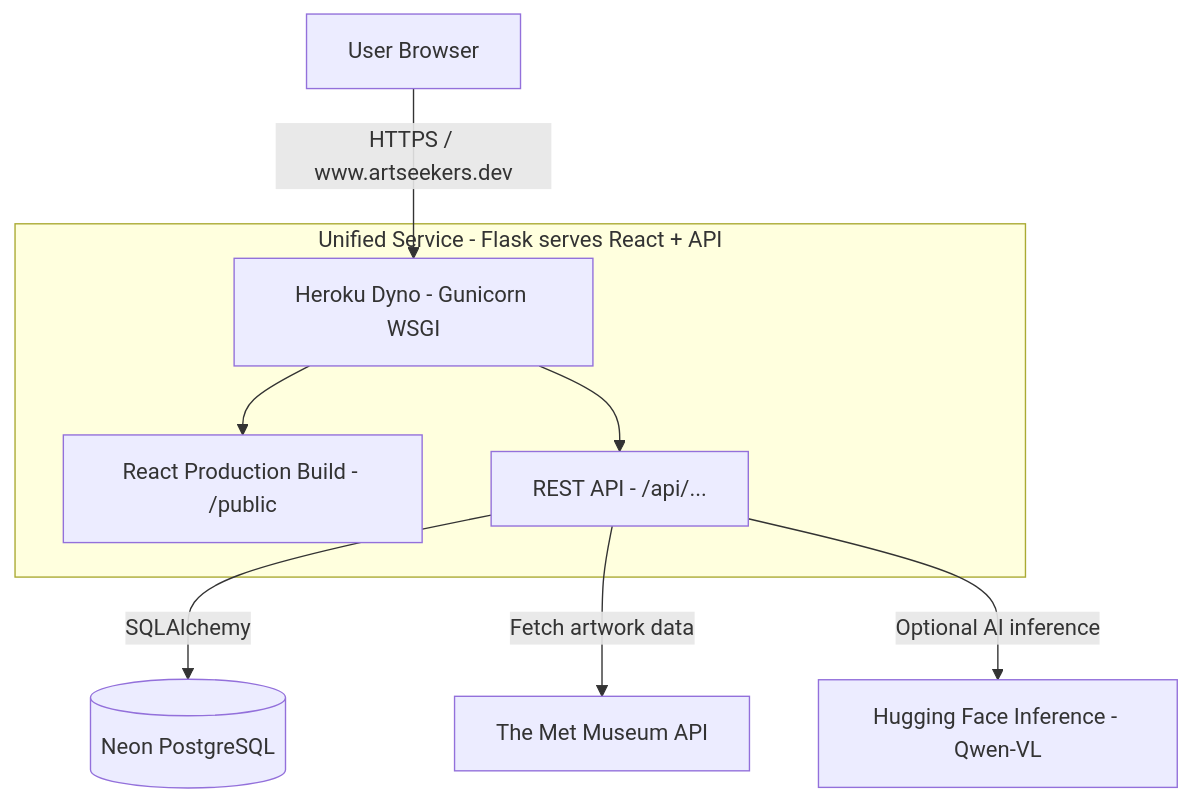
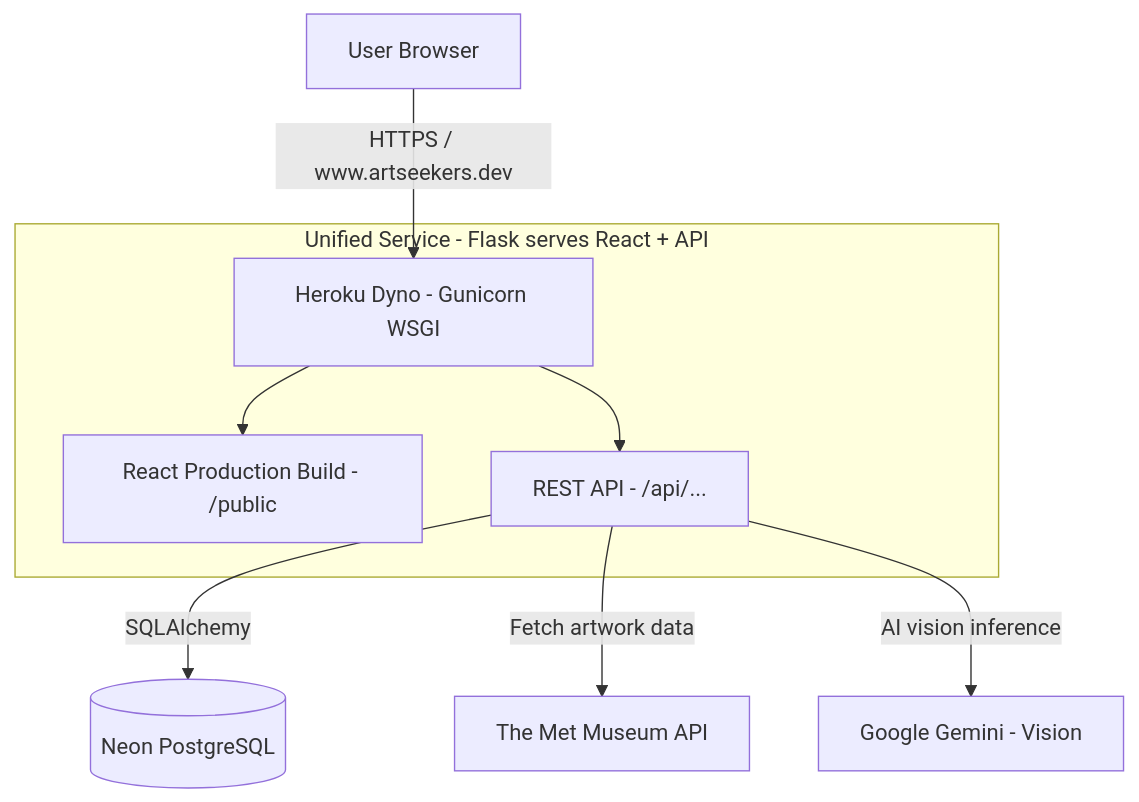
The diagram in README.md (Aleska134/Artseekers), drawn with Mermaid before and after one commit. The commit also changed other lines of this file, not shown here.

First line of the commit message:
docs: update README to reflect Gemini vision (was Qwen-VL / HF)

````diff
--- a/README.md
+++ b/README.md
@@ -43,15 +43,15 @@
 ```mermaid
 flowchart TB
   U[User Browser] -->|HTTPS / www.artseekers.dev| HEROKU[Heroku Dyno - Gunicorn WSGI]
  
   subgraph APP[Unified Service - Flask serves React + API]
     UI[React Production Build - /public]
     API[REST API - /api/...]
     HEROKU --> UI
     HEROKU --> API
   end
  
   API -->|SQLAlchemy| DB[(Neon PostgreSQL)]
   API -->|Fetch artwork data| MET[The Met Museum API]
-  API -->|Optional AI inference| HF[Hugging Face Inference - Qwen-VL]
+  API -->|AI vision inference| GEMINI[Google Gemini - Vision]
 ```
````
